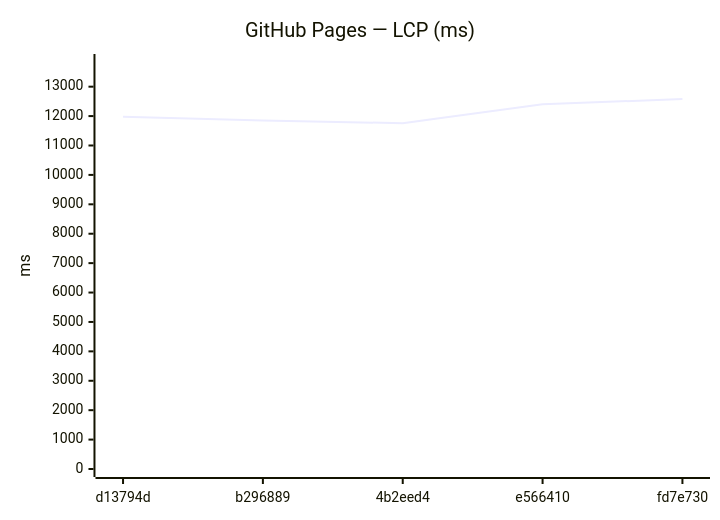
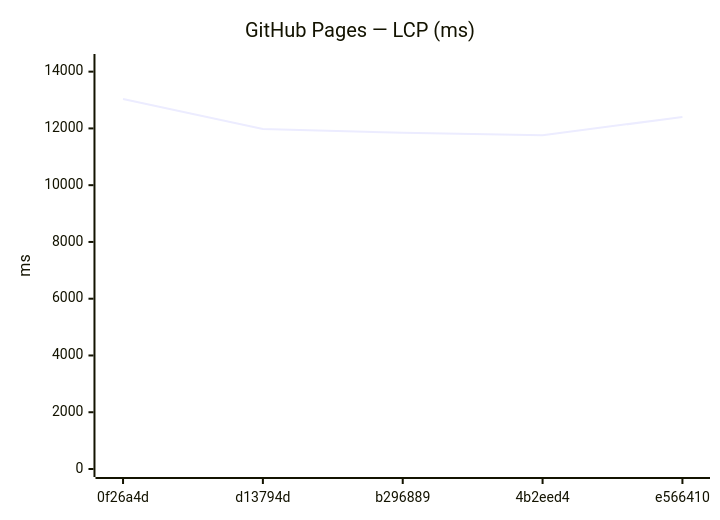
Before and after one commit to Metaheurist/Rianell: the ninth of 18 diagrams in benchmarks/compare.md, drawn with Mermaid. The commit also changed other lines of this file and 11 other files, not shown here.

````diff
--- a/benchmarks/compare.md
+++ b/benchmarks/compare.md
@@ -142,7 +142,7 @@
 ```mermaid
 xychart-beta
     title "GitHub Pages — LCP (ms)"
-    x-axis ["d13794d", "b296889", "4b2eed4", "e566410", "fd7e730"]
-    y-axis "ms" 0 --> 13839
-    line [11979, 11847, 11759, 12402, 12580]
+    x-axis ["0f26a4d", "d13794d", "b296889", "4b2eed4", "e566410"]
+    y-axis "ms" 0 --> 14340
+    line [13036, 11979, 11847, 11759, 12402]
 ```
````
